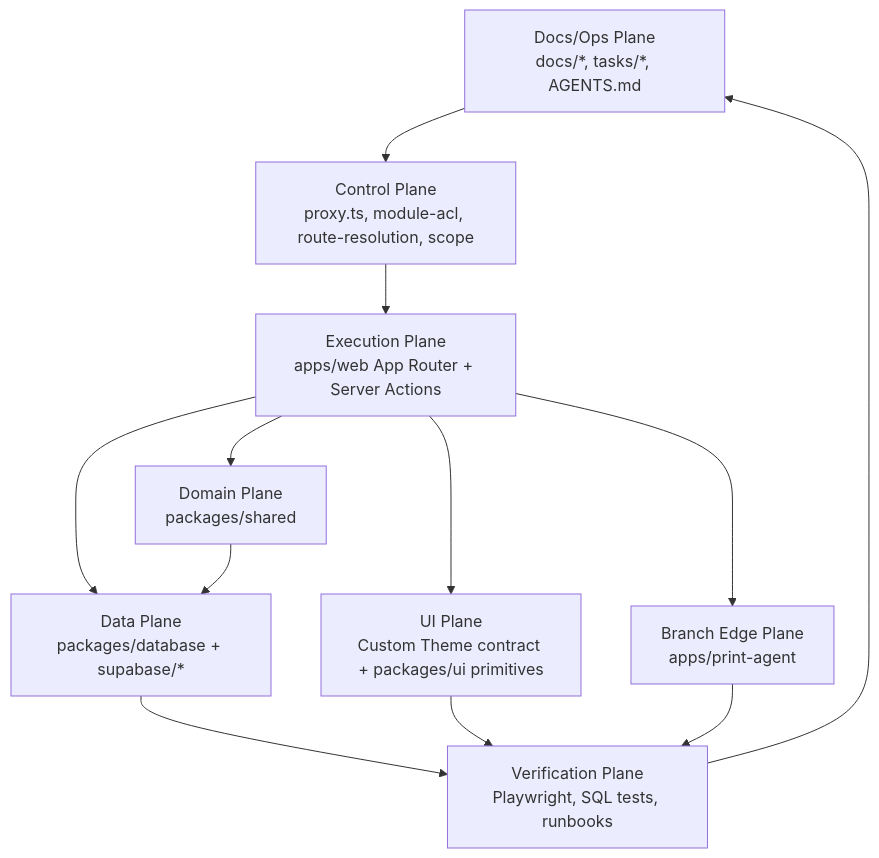
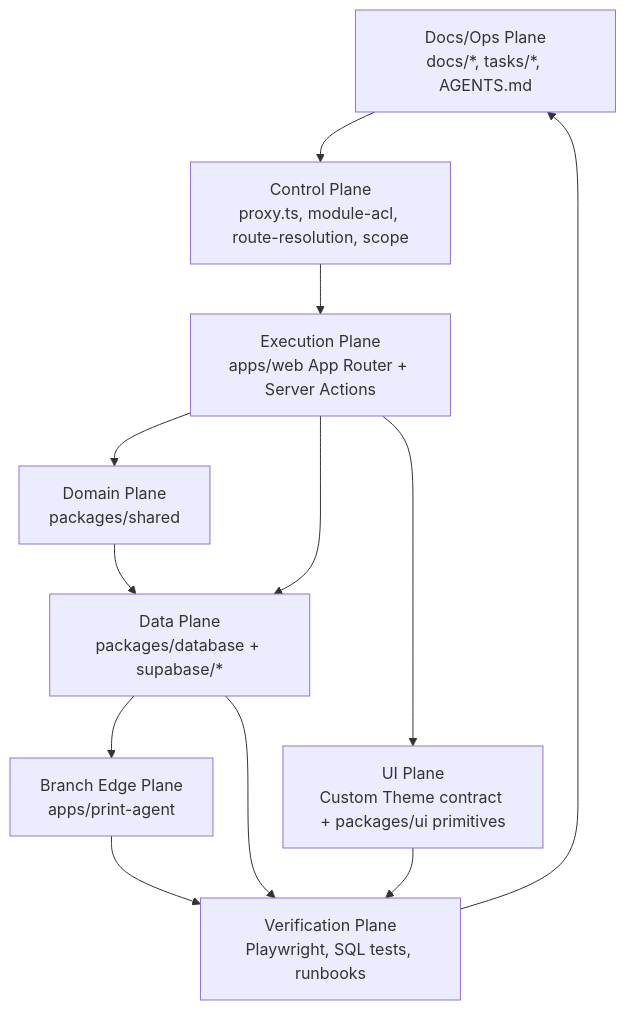
The second of 2 diagrams in docs/spec/architecture.md (comtammatu/comtammatu), drawn with Mermaid before and after one commit. The commit also changed other lines of this file and 141 other files, not shown here.

````diff
--- a/docs/spec/architecture.md
+++ b/docs/spec/architecture.md
@@ -102,23 +111,23 @@
 ```mermaid
 flowchart TB
     docs["Docs/Ops Plane<br/>docs/*, tasks/*, AGENTS.md"]
     control["Control Plane<br/>proxy.ts, module-acl, route-resolution, scope"]
     app["Execution Plane<br/>apps/web App Router + Server Actions"]
     domain["Domain Plane<br/>packages/shared"]
     data["Data Plane<br/>packages/database + supabase/*"]
     ui["UI Plane<br/>Custom Theme contract + packages/ui primitives"]
     edge["Branch Edge Plane<br/>apps/print-agent"]
     verify["Verification Plane<br/>Playwright, SQL tests, runbooks"]
 
     docs --> control
     control --> app
     app --> domain
     app --> data
     app --> ui
-    app --> edge
+    data --> edge
     domain --> data
     data --> verify
     ui --> verify
     edge --> verify
     verify --> docs
 ```
````
